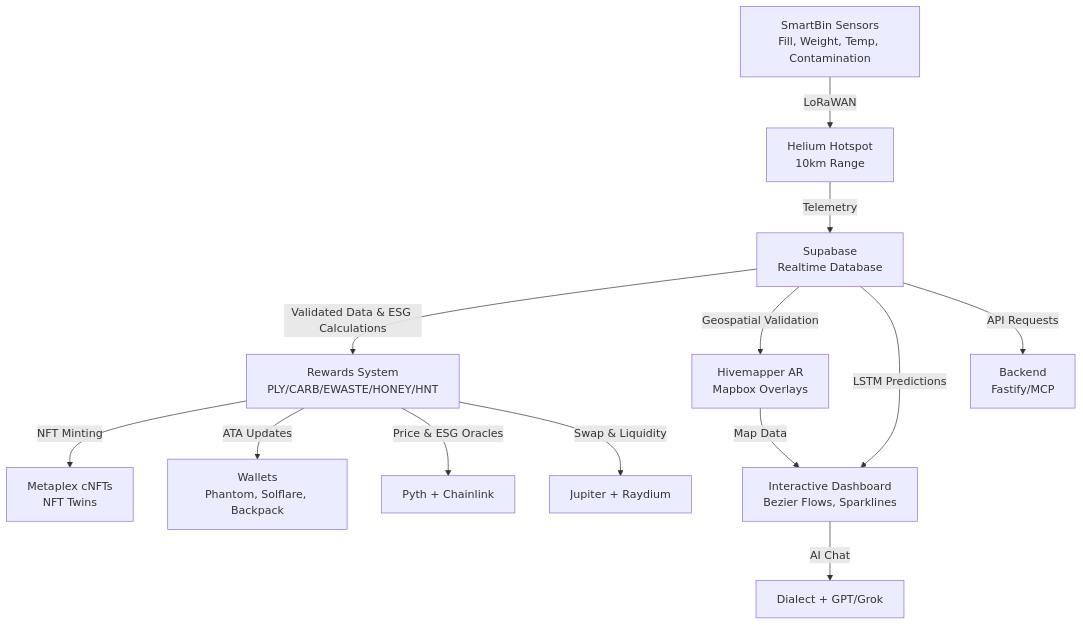
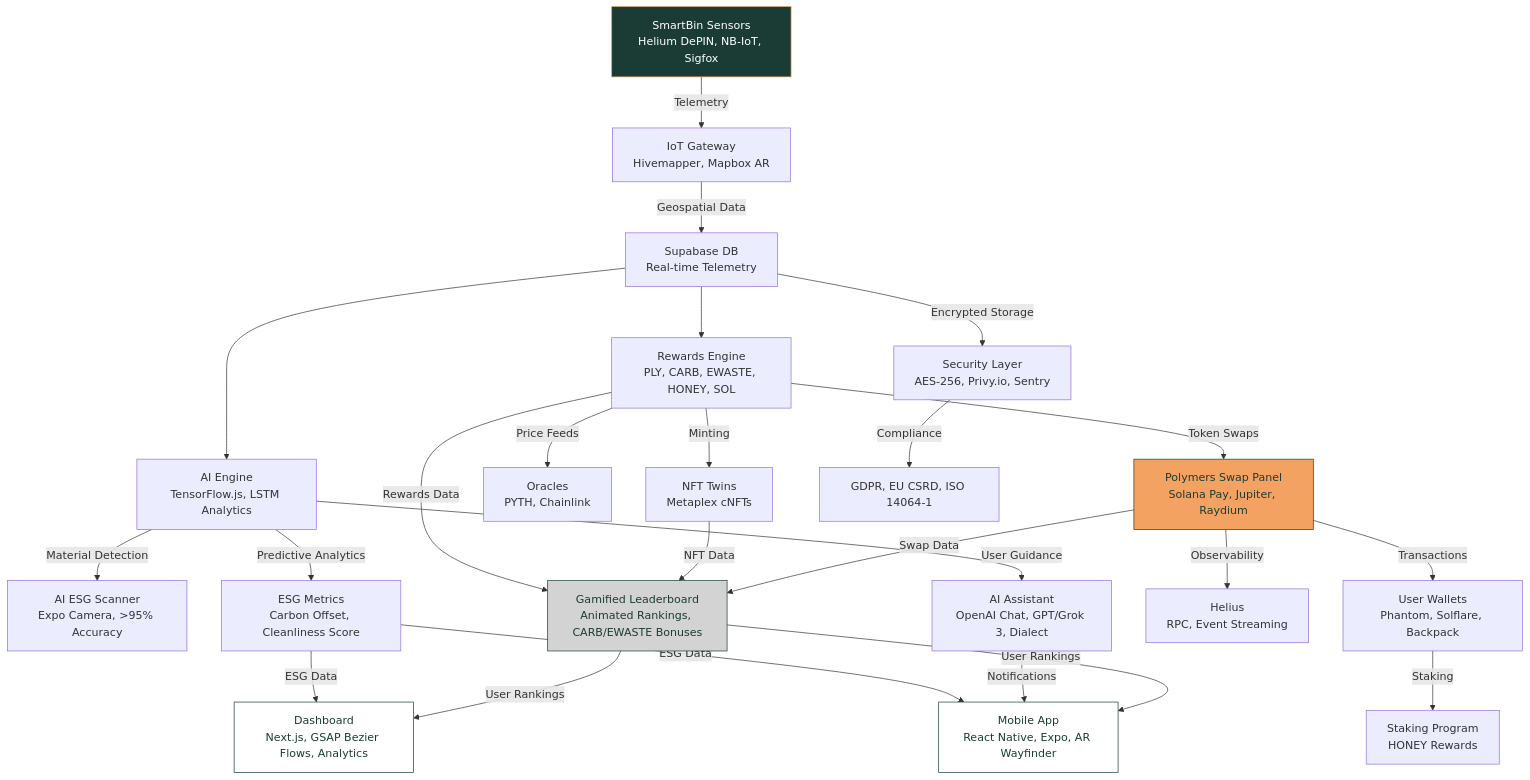
Before and after one commit to PolymersNetwork/polymers-protocol: the diagram in README.md, drawn with Mermaid. The commit also changed other lines of this file, not shown here.

````diff
--- a/README.md
+++ b/README.md
@@ -66,15 +58,42 @@
 ```mermaid
 graph TD
-    A[SmartBin Sensors<br>Fill, Weight, Temp, Contamination] -->|LoRaWAN| B[Helium Hotspot<br>10km Range]
-    B -->|Telemetry| C[Supabase<br>Realtime Database]
-    C -->|Validated Data & ESG Calculations| D[Rewards System<br>PLY/CARB/EWASTE/HONEY/HNT]
-    D -->|NFT Minting| E[Metaplex cNFTs<br>NFT Twins]
-    C -->|Geospatial Validation| F[Hivemapper AR<br>Mapbox Overlays]
-    D -->|ATA Updates| G[Wallets<br>Phantom, Solflare, Backpack]
-    F -->|Map Data| H[Frontend<br>React Native/Next.js]
-    C -->|LSTM Predictions| H[Interactive Dashboard<br>Bezier Flows, Sparklines]
-    D -->|Price & ESG Oracles| I[Pyth + Chainlink]
-    D -->|Swap & Liquidity| J[Jupiter + Raydium]
-    H -->|AI Chat| K[Dialect + GPT/Grok]
-    C -->|API Requests| L[Backend<br>Fastify/MCP]
+    %% IoT Layer
+    A[SmartBin Sensors<br>Helium DePIN, NB-IoT, Sigfox] -->|Telemetry| B[IoT Gateway<br>Hivemapper, Mapbox AR]
+    B -->|Geospatial Data| C[Supabase DB<br>Real-time Telemetry]
+
+    %% AI Layer
+    C --> D[AI Engine<br>TensorFlow.js, LSTM Analytics]
+    D -->|Material Detection| E[AI ESG Scanner<br>Expo Camera, >95% Accuracy]
+    D -->|Predictive Analytics| F[ESG Metrics<br>Carbon Offset, Cleanliness Score]
+    D -->|User Guidance| G[AI Assistant<br>OpenAI Chat, GPT/Grok 3, Dialect]
+
+    %% Blockchain Layer
+    C --> H[Rewards Engine<br>PLY, CARB, EWASTE, HONEY, SOL]
+    H -->|Minting| I[NFT Twins<br>Metaplex cNFTs]
+    H -->|Price Feeds| J[Oracles<br>PYTH, Chainlink]
+    H -->|Token Swaps| K[Polymers Swap Panel<br>Solana Pay, Jupiter, Raydium]
+    K -->|Transactions| L[User Wallets<br>Phantom, Solflare, Backpack]
+    K -->|Observability| M[Helius<br>RPC, Event Streaming]
+    L -->|Staking| N[Staking Program<br>HONEY Rewards]
+
+    %% Frontend Layer
+    H -->|Rewards Data| O[Gamified Leaderboard<br>Animated Rankings, CARB/EWASTE Bonuses]
+    I -->|NFT Data| O
+    K -->|Swap Data| O
+    F -->|ESG Data| P[Dashboard<br>Next.js, GSAP Bezier Flows, Analytics]
+    F -->|ESG Data| Q[Mobile App<br>React Native, Expo, AR Wayfinder]
+    G -->|Notifications| Q
+    O -->|User Rankings| P
+    O -->|User Rankings| Q
+
+    %% Security & Compliance
+    C -->|Encrypted Storage| R[Security Layer<br>AES-256, Privy.io, Sentry]
+    R -->|Compliance| S[GDPR, EU CSRD, ISO 14064-1]
+
+    %% Styling
+    style A fill:#1A3C34,stroke:#F4A261,color:#FFFFFF
+    style K fill:#F4A261,stroke:#1A3C34,color:#1A3C34
+    style O fill:#D3D3D3,stroke:#1A3C34,color:#1A3C34
+    style P fill:#FFFFFF,stroke:#1A3C34,color:#1A3C34
+    style Q fill:#FFFFFF,stroke:#1A3C34,color:#1A3C34
 ```
````
